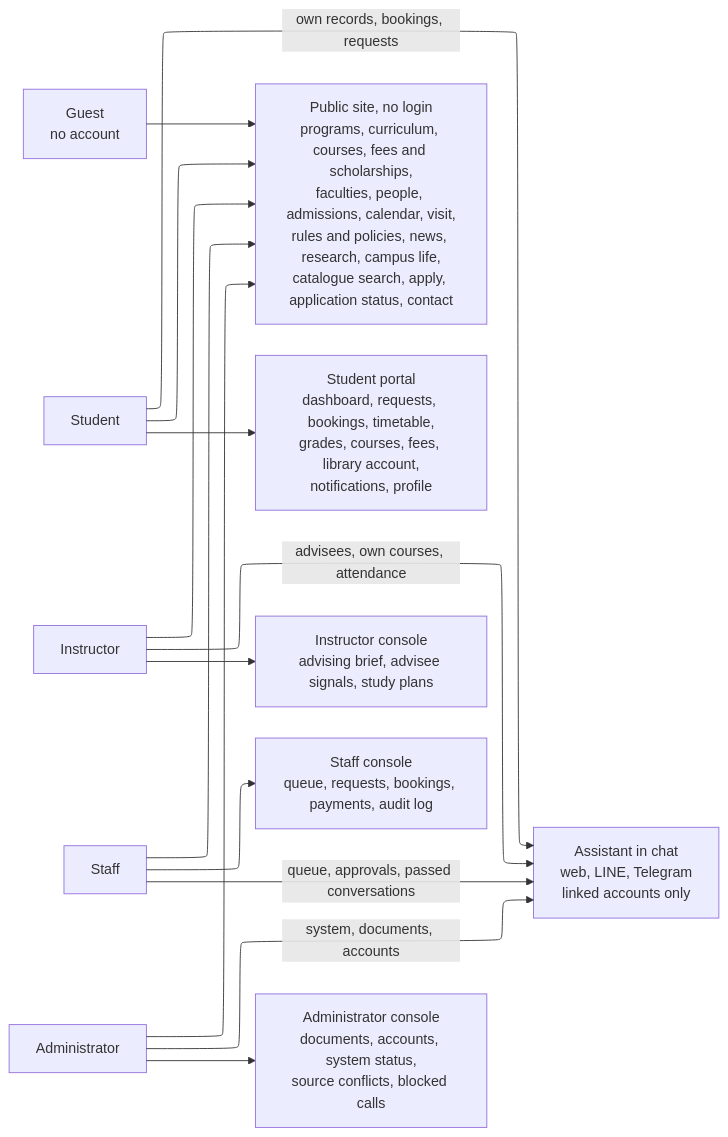
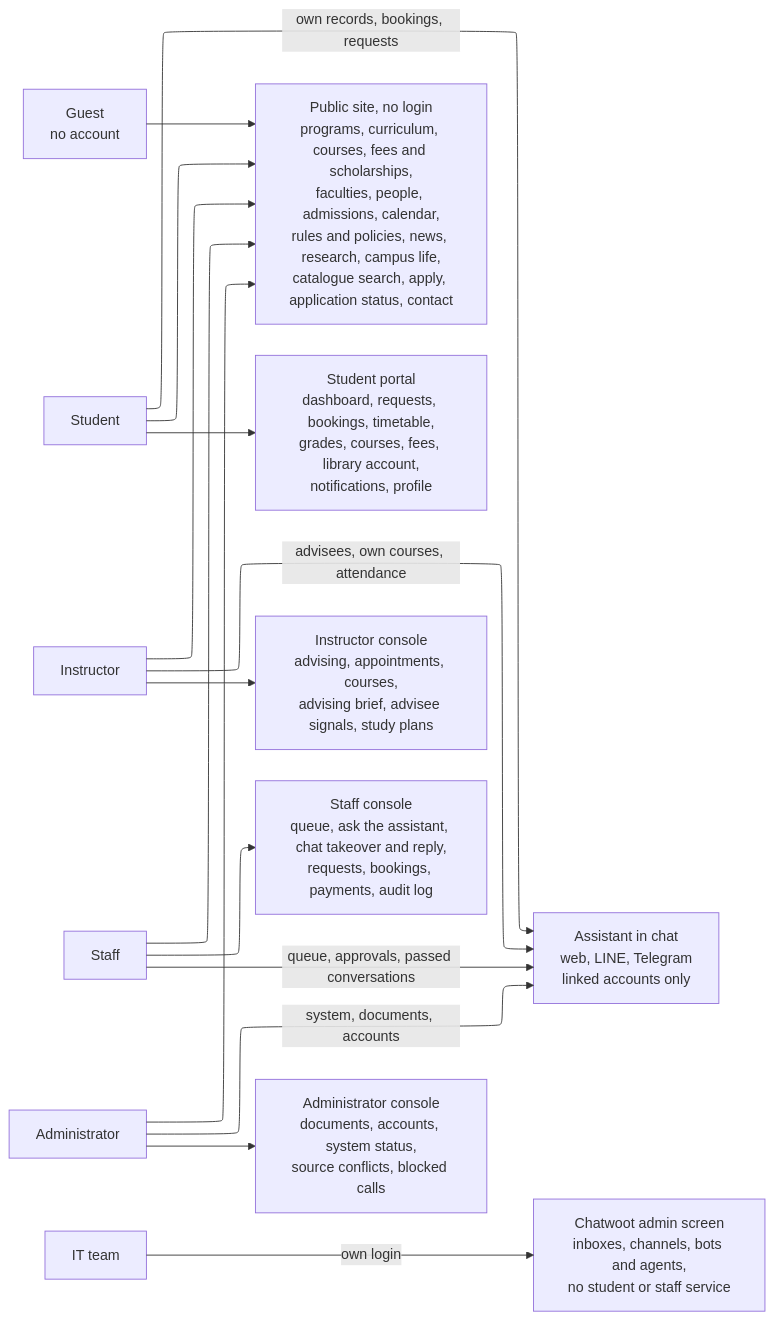
One commit to SaiWaiYanLynn/smart-university-website changed diagram 11 of 11 in design/diagrams/diagrams-source.md. Above: the diagram before and after it, drawn with Mermaid. The commit also changed other lines of this file and 29 other files, not shown here.

Commit message:
Updated diagrams for supervisor with sub-agents and the new staff and instructor pages

````diff
--- a/design/diagrams/diagrams-source.md
+++ b/design/diagrams/diagrams-source.md
@@ -957,33 +978,36 @@
 ```mermaid
 ---
 config:
   layout: elk
 ---
 flowchart LR
   G["Guest<br/>no account"]
   S["Student"]
   I["Instructor"]
   F["Staff"]
   A["Administrator"]
+  IT["IT team"]
 
-  PUB["Public site, no login<br/>programs, curriculum, courses, fees and scholarships,<br/>faculties, people, admissions, calendar, visit,<br/>rules and policies, news, research, campus life,<br/>catalogue search, apply, application status, contact"]
+  PUB["Public site, no login<br/>programs, curriculum, courses, fees and scholarships,<br/>faculties, people, admissions, calendar,<br/>rules and policies, news, research, campus life,<br/>catalogue search, apply, application status, contact"]
   POR["Student portal<br/>dashboard, requests, bookings, timetable,<br/>grades, courses, fees, library account,<br/>notifications, profile"]
   CHAT["Assistant in chat<br/>web, LINE, Telegram<br/>linked accounts only"]
-  CI["Instructor console<br/>advising brief, advisee signals, study plans"]
-  CS["Staff console<br/>queue, requests, bookings, payments, audit log"]
+  CI["Instructor console<br/>advising, appointments, courses,<br/>advising brief, advisee signals, study plans"]
+  CS["Staff console<br/>queue, ask the assistant, chat takeover and reply,<br/>requests, bookings, payments, audit log"]
+  CW["Chatwoot admin screen<br/>inboxes, channels, bots and agents,<br/>no student or staff service"]
   CA["Administrator console<br/>documents, accounts, system status,<br/>source conflicts, blocked calls"]
 
   G --> PUB
   S --> PUB
   I --> PUB
   F --> PUB
   A --> PUB
   S --> POR
   S -- "own records, bookings, requests" --> CHAT
   I -- "advisees, own courses, attendance" --> CHAT
   F -- "queue, approvals, passed conversations" --> CHAT
   A -- "system, documents, accounts" --> CHAT
   I --> CI
   F --> CS
   A --> CA
+  IT -- "own login" --> CW
 ```
````
